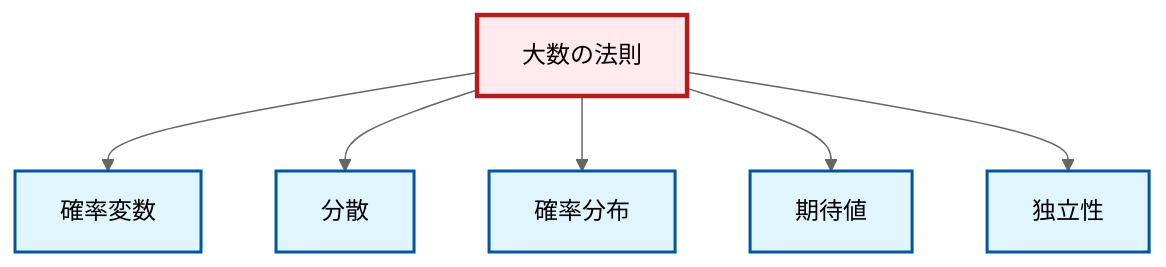
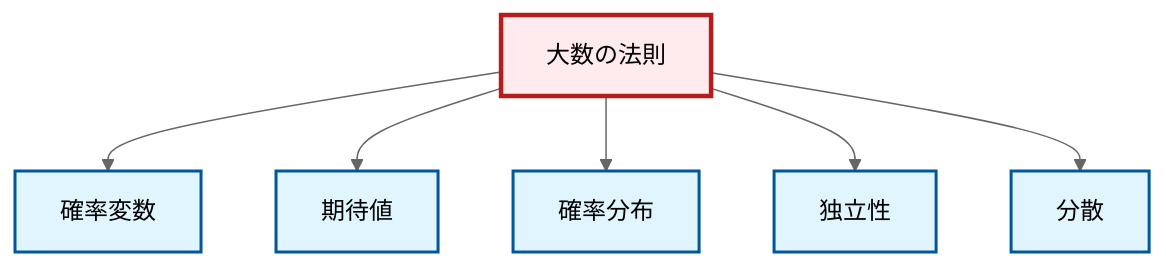
One commit to RK0429/ModernMath changed the diagram in output/mermaid/ja/thm-law-of-large-numbers.mermaid. Above: the diagram before and after it, drawn with Mermaid (neutral theme). The commit also changed other lines of this file and 1706 other files, not shown here.

```diff
--- a/output/mermaid/ja/thm-law-of-large-numbers.mermaid
+++ b/output/mermaid/ja/thm-law-of-large-numbers.mermaid
@@ -1,18 +1,18 @@
 graph TD
     classDef definition fill:#e1f5fe,stroke:#01579b,stroke-width:2px
     classDef theorem fill:#f3e5f5,stroke:#4a148c,stroke-width:2px
     classDef axiom fill:#fff3e0,stroke:#e65100,stroke-width:2px
     classDef example fill:#e8f5e9,stroke:#1b5e20,stroke-width:2px
     classDef current fill:#ffebee,stroke:#b71c1c,stroke-width:3px
-    def-random-variable["確率変数"]:::definition
-    def-independence["独立性"]:::definition
-    thm-law-of-large-numbers["大数の法則"]:::theorem
     def-probability-distribution["確率分布"]:::definition
     def-variance["分散"]:::definition
+    thm-law-of-large-numbers["大数の法則"]:::theorem
     def-expectation["期待値"]:::definition
+    def-independence["独立性"]:::definition
+    def-random-variable["確率変数"]:::definition
     thm-law-of-large-numbers --> def-random-variable
+    thm-law-of-large-numbers --> def-expectation
+    thm-law-of-large-numbers --> def-probability-distribution
+    thm-law-of-large-numbers --> def-independence
     thm-law-of-large-numbers --> def-variance
-    thm-law-of-large-numbers --> def-probability-distribution
-    thm-law-of-large-numbers --> def-expectation
-    thm-law-of-large-numbers --> def-independence
     class thm-law-of-large-numbers current
```
